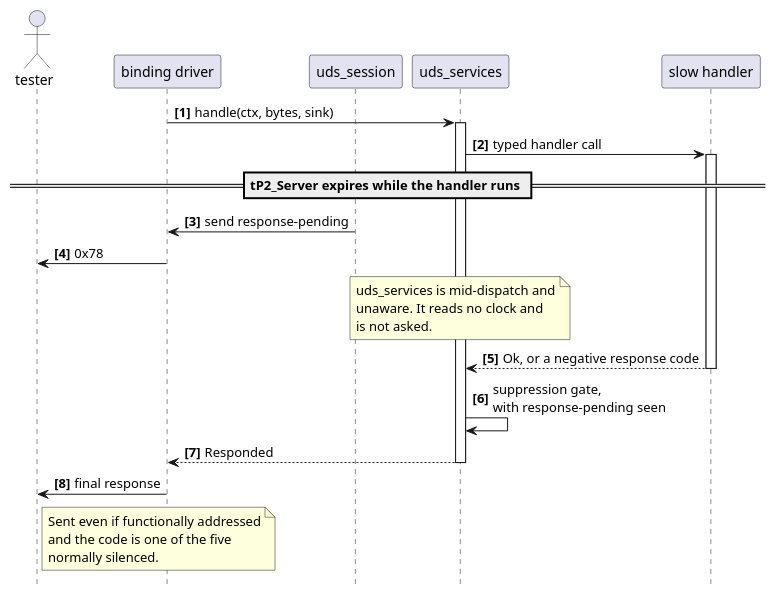
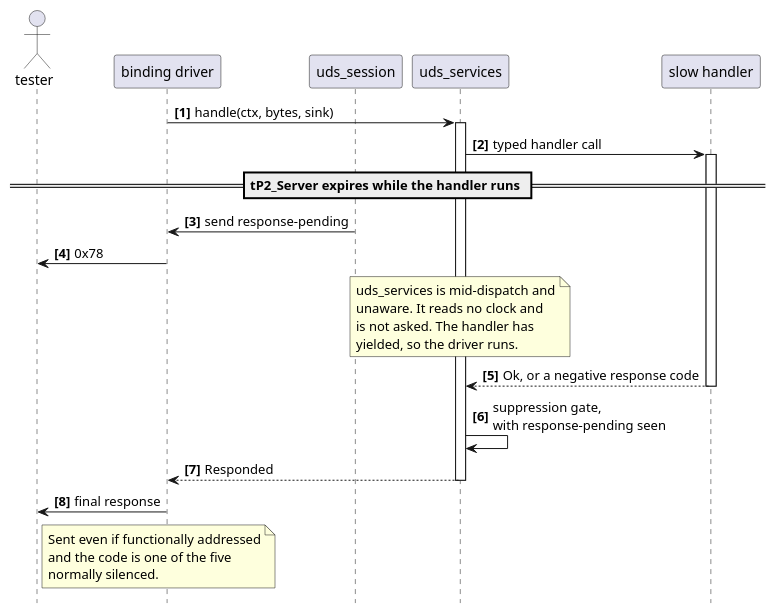
Before and after one commit to luminartech/uds_stack: the diagram in crates/uds_services/docs/architecture/not-owned.rst, drawn with PlantUML. The commit also changed other lines of this file and 2 other files, not shown here.

```diff
--- a/crates/uds_services/docs/architecture/not-owned.rst
+++ b/crates/uds_services/docs/architecture/not-owned.rst
@@ -55,42 +55,43 @@
 .. uml::
    :align: center
-   :caption: A handler that outruns ``tP2_Server``. Note what ``uds_services`` does
-             during step 4: nothing it is aware of.
+   :caption: A handler that outruns ``tP2_Server``. The handler yielding is what lets
+             the driver reach step 3 at all.
 
    @startuml
    autonumber "<b>[0]"
    hide footbox
 
    actor tester as T
    participant "binding driver" as I
    participant "uds_session" as S
    participant "uds_services" as V
    participant "slow handler" as H
 
    I -> V : handle(ctx, bytes, sink)
    activate V
    V -> H : typed handler call
    activate H
 
    == tP2_Server expires while the handler runs ==
 
    S -> I : send response-pending
    I -> T : 0x78
    note over V
      uds_services is mid-dispatch and
      unaware. It reads no clock and
-     is not asked.
+     is not asked. The handler has
+     yielded, so the driver runs.
    end note
 
    H --> V : Ok, or a negative response code
    deactivate H
    V -> V : suppression gate,\nwith response-pending seen
    V --> I : Responded
    deactivate V
    I -> T : final response
    note right of T
      Sent even if functionally addressed
      and the code is one of the five
      normally silenced.
    end note
    @enduml
```
